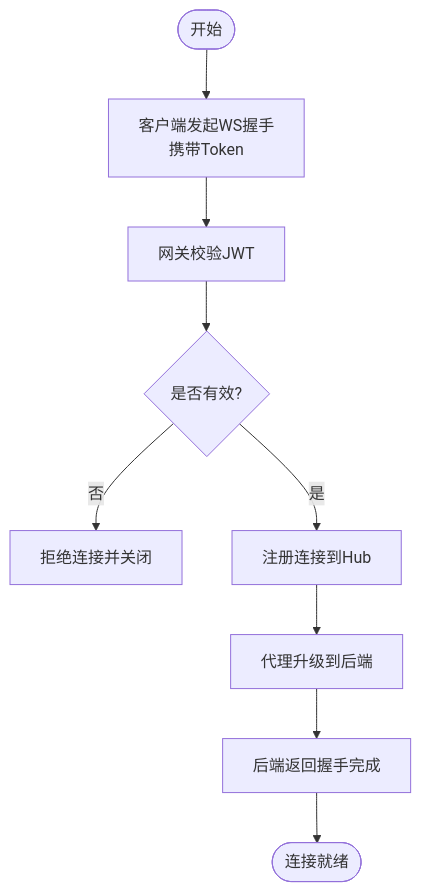
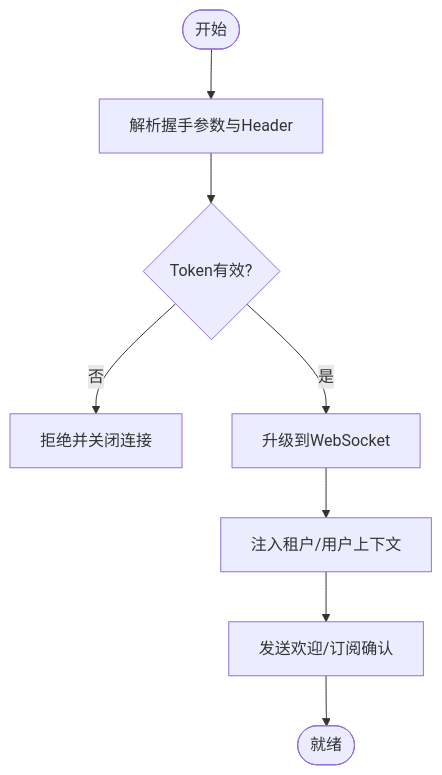
The third of 6 diagrams in .qoder/repowiki/zh/content/API接口文档/WebSocket实时通信接口.md (zmdhdu/NexusCockpit), drawn with Mermaid before and after one commit. The commit also changed other lines of this file and 478 other files, not shown here.

````diff
--- a/.qoder/repowiki/zh/content/API接口文档/WebSocket实时通信接口.md
+++ b/.qoder/repowiki/zh/content/API接口文档/WebSocket实时通信接口.md
@@ -118,11 +137,10 @@
 ```mermaid
 flowchart TD
-Start(["开始"]) --> Handshake["客户端发起WS握手<br/>携带Token"]
-Handshake --> Verify["网关校验JWT"]
-Verify --> Valid{"是否有效?"}
-Valid --> |否| Deny["拒绝连接并关闭"]
-Valid --> |是| Register["注册连接到Hub"]
-Register --> ProxyUp["代理升级到后端"]
-ProxyUp --> Ready["后端返回握手完成"]
-Ready --> Done(["连接就绪"])
+Start(["开始"]) --> Parse["解析握手参数与Header"]
+Parse --> Validate{"Token有效?"}
+Validate --> |否| Deny["拒绝并关闭连接"]
+Validate --> |是| Upgrade["升级到WebSocket"]
+Upgrade --> Context["注入租户/用户上下文"]
+Context --> Welcome["发送欢迎/订阅确认"]
+Welcome --> Ready(["就绪"])
 ```
````
